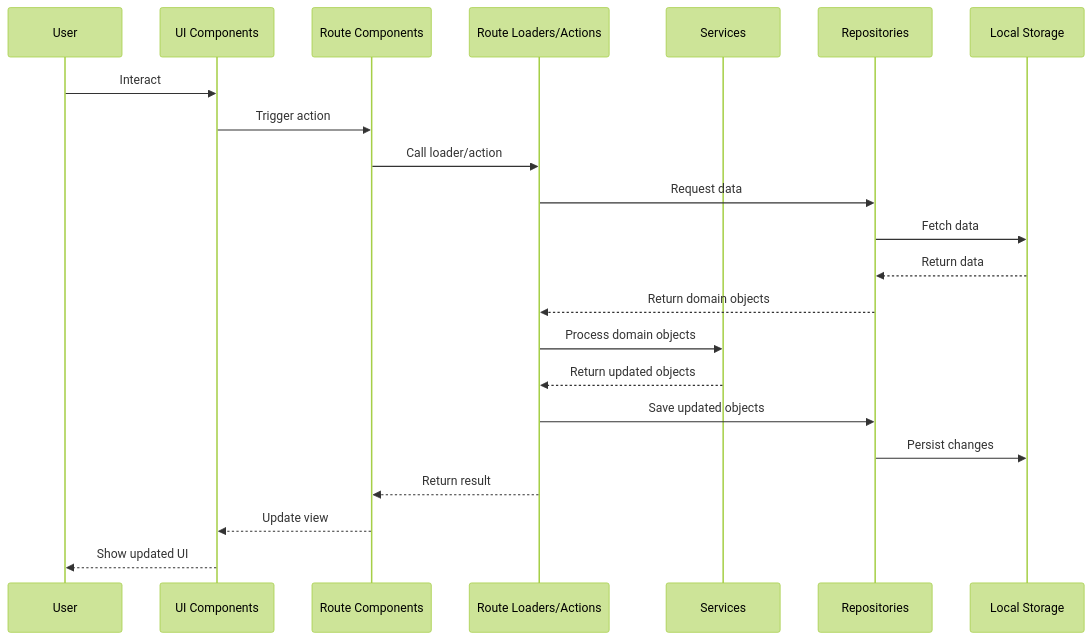
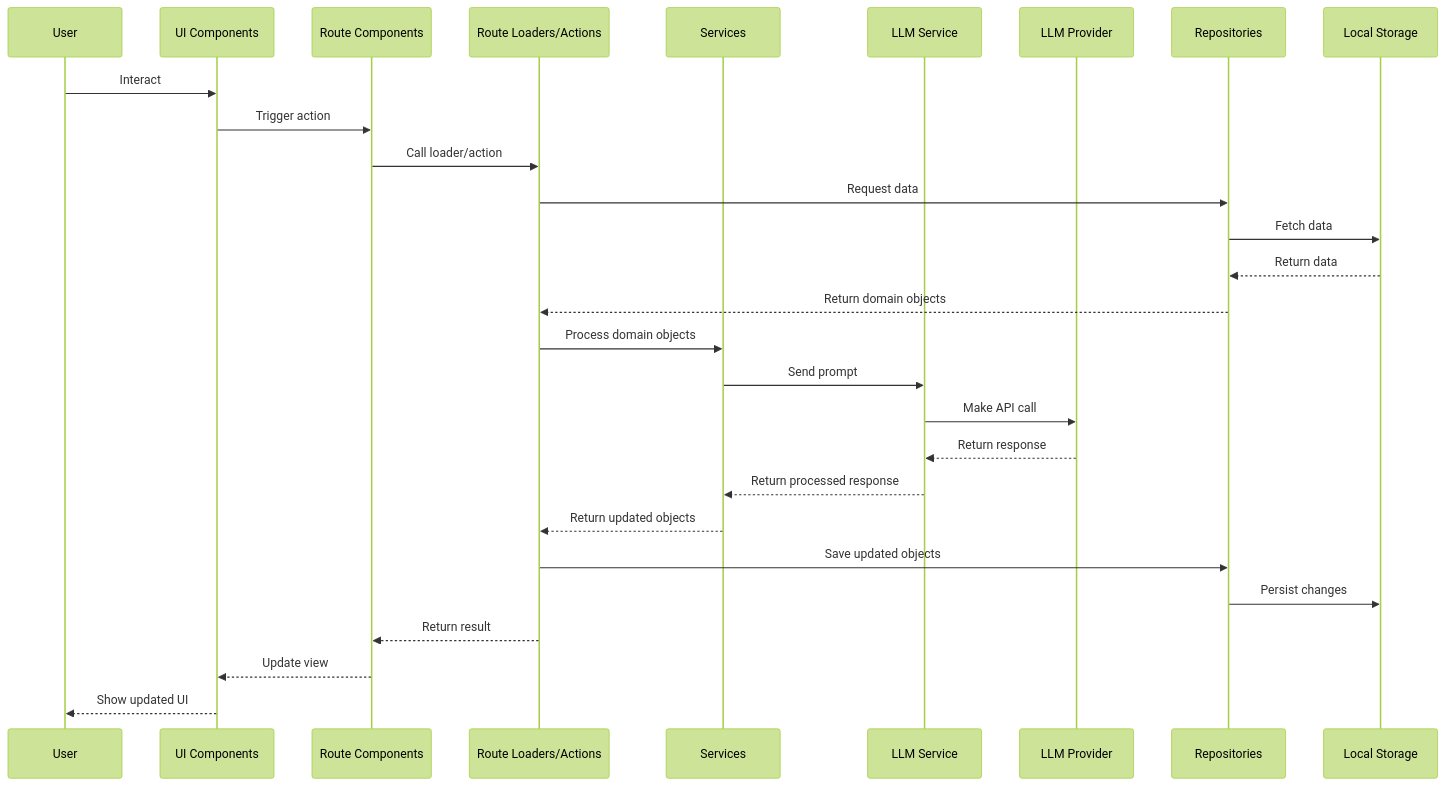
Before and after one commit to Geb-algebra/a-pile-of-useless-codes-built-up-by-ai-agent-and-an-incompetent-operator-geb-algebra: the second of 2 diagrams in .ai/memory-bank/systemPatterns.md, drawn with Mermaid (forest theme). The commit also changed other lines of this file and 12 other files, not shown here.

Commit message:
add services to use llm but api clients are still not implemented

````diff
--- a/.ai/memory-bank/systemPatterns.md
+++ b/.ai/memory-bank/systemPatterns.md
@@ -110,25 +138,31 @@
 ```mermaid
 sequenceDiagram
     participant User
     participant UI as UI Components
     participant Route as Route Components
     participant Loader as Route Loaders/Actions
     participant Service as Services
+    participant LlmService as LLM Service
+    participant LlmProvider as LLM Provider
     participant Repo as Repositories
     participant Storage as Local Storage
     
     User->>UI: Interact
     UI->>Route: Trigger action
     Route->>Loader: Call loader/action
     Loader->>Repo: Request data
     Repo->>Storage: Fetch data
     Storage-->>Repo: Return data
     Repo-->>Loader: Return domain objects
     Loader->>Service: Process domain objects
+    Service->>LlmService: Send prompt
+    LlmService->>LlmProvider: Make API call
+    LlmProvider-->>LlmService: Return response
+    LlmService-->>Service: Return processed response
     Service-->>Loader: Return updated objects
     Loader->>Repo: Save updated objects
     Repo->>Storage: Persist changes
     Loader-->>Route: Return result
     Route-->>UI: Update view
     UI-->>User: Show updated UI
 ```
````
